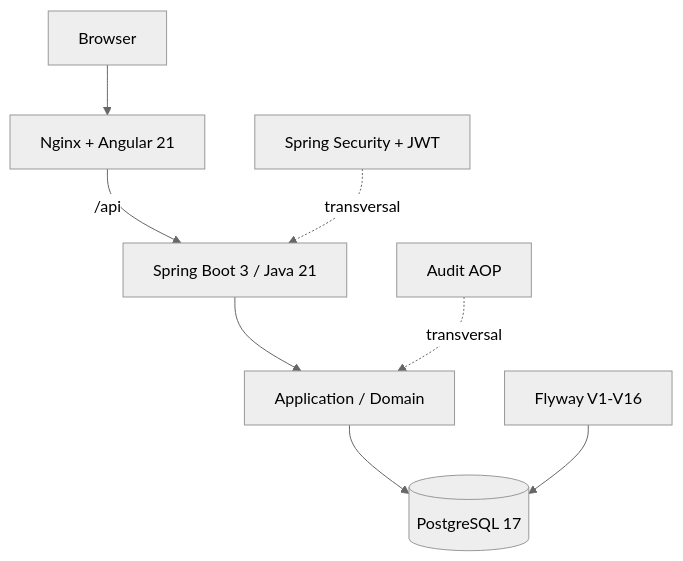
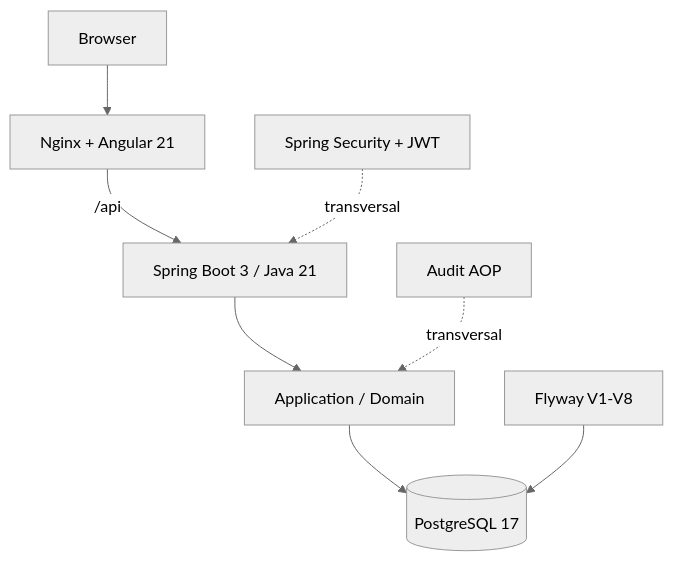
The first of 8 diagrams in docs/architecture.md (CristhianLagunaM/launchforge), drawn with Mermaid (neutral theme) before and after one commit. The commit also changed other lines of this file and 6 other files, not shown here.

````diff
--- a/docs/architecture.md
+++ b/docs/architecture.md
@@ -7,10 +7,10 @@
 ```mermaid
 flowchart TD
     B[Browser] --> N[Nginx + Angular 21]
     N -->|/api| S[Spring Boot 3 / Java 21]
     S --> A[Application / Domain]
     A --> P[(PostgreSQL 17)]
-    F[Flyway V1-V16] --> P
+    F[Flyway V1-V8] --> P
     X[Spring Security + JWT] -. transversal .-> S
     Y[Audit AOP] -. transversal .-> A
 ```
````
